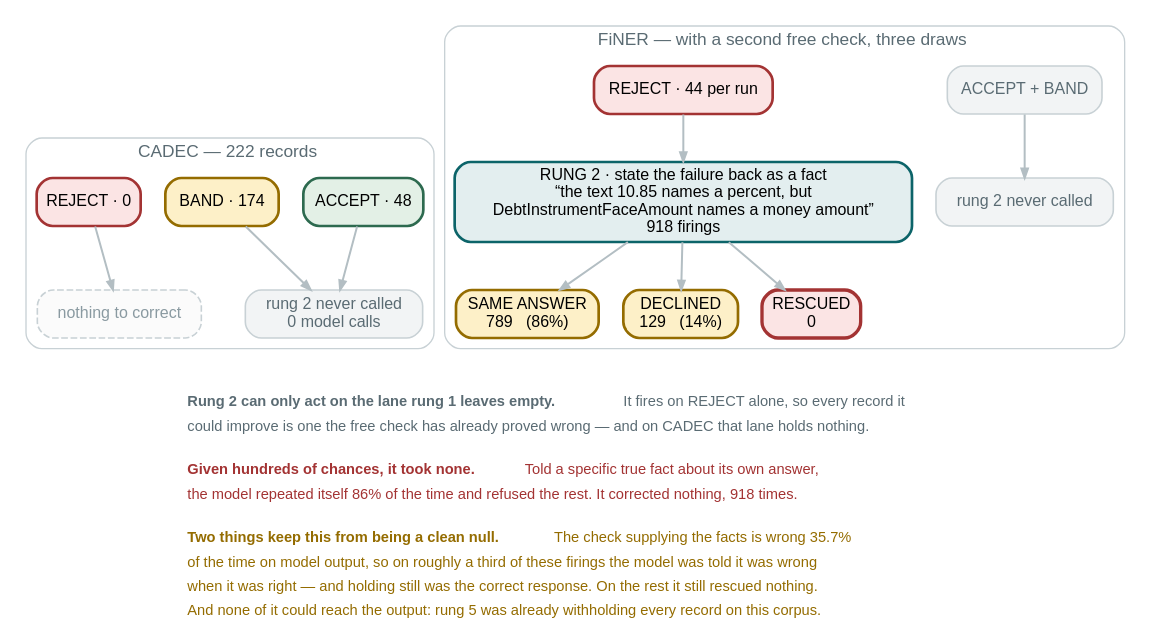
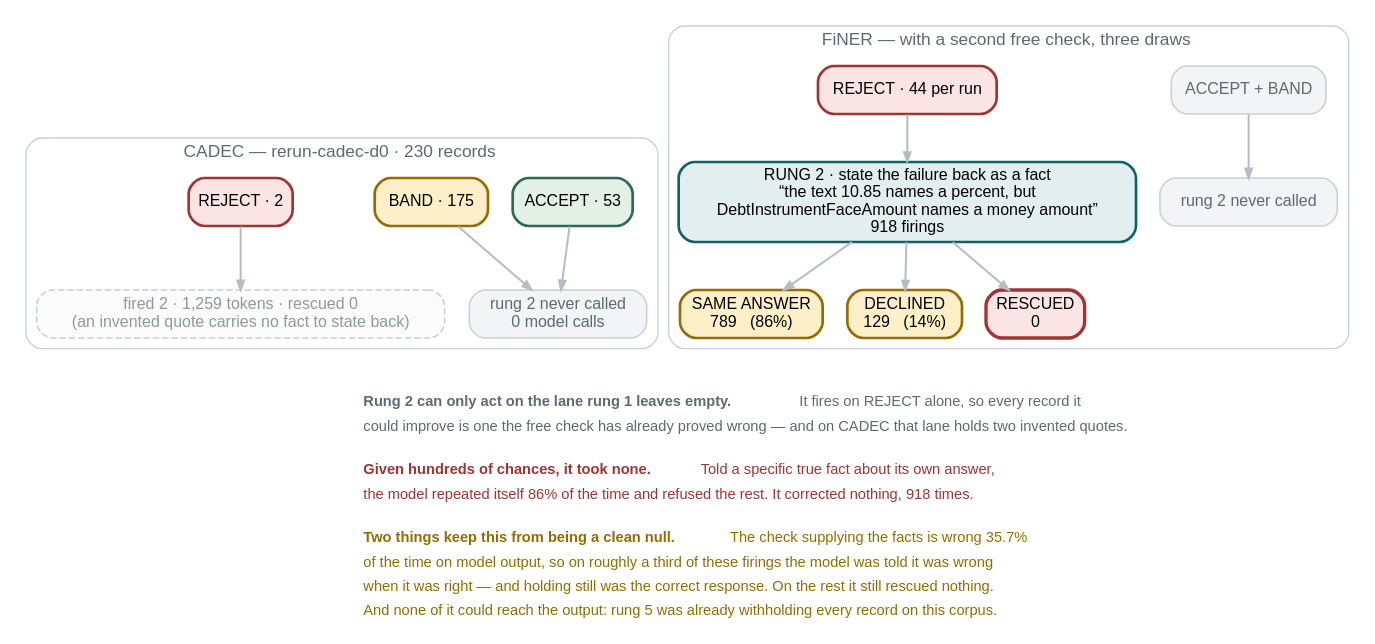
The diagram in docs/figures/fig13-rung2.dot (wbagais/reliability-ladder), drawn with Graphviz before and after one commit. The commit also changed 19 other files, not shown here.

Commit message:
Article: every number and every figure re-derived from the base run; remaining historical figures labelled with their source

```diff
--- a/docs/figures/fig13-rung2.dot
+++ b/docs/figures/fig13-rung2.dot
@@ -1,61 +1,61 @@
 // Rung 2 on both corpora. It reads rung 1's verdict and fires on REJECT alone
 // (r2.py:347 — `if verdict != ZONE_REJECT or reason not in cfg["correctable"]`),
 // so ACCEPT and BAND are never touched: no model call, no possible change.
 //
-// CADEC: draw 0 of arm-sapbase, rung 1 lanes as fig10. REJECT is empty, so the
-// rung has nothing to act on.
+// CADEC: rerun-cadec-d0, rung 1 lanes as fig10. REJECT holds two invented
+// quotes; rung 2 fired twice (1,259 tokens) and rescued neither.
 // FiNER: pooled over three draws of the rung 7 arm — the only configuration in
 // which rung 2 has ever had a real trigger set. 918 firings, 0 rescued.
 //
 // COLOUR KEY — the article's zone colours, unchanged:
 //   green ACCEPT · amber BAND · red REJECT · teal a model runs here
 digraph rung2 {
   rankdir=TB; bgcolor="white";
   node [shape=box style="filled,rounded" fontname="Helvetica" fontsize=12
         color="#c8d1d5" penwidth=1.2];
   edge [color="#b3bec3" penwidth=1.5 arrowsize=0.7 fontname="Helvetica" fontsize=10];
 
   subgraph cluster_c {
-    label="  CADEC — 222 records  "; fontname="Helvetica"; fontsize=13;
+    label="  CADEC — rerun-cadec-d0 · 230 records  "; fontname="Helvetica"; fontsize=13;
     color="#c8d1d5"; style=rounded; fontcolor="#5a6b73";
-    ca [label="ACCEPT · 48" fillcolor="#e3f0e6" color="#2d6a4f" penwidth=2];
-    cb [label="BAND · 174" fillcolor="#fdf0c8" color="#946c00" penwidth=2];
-    cr [label="REJECT · 0" fillcolor="#fbe4e4" color="#a33333" penwidth=2];
+    ca [label="ACCEPT · 53" fillcolor="#e3f0e6" color="#2d6a4f" penwidth=2];
+    cb [label="BAND · 175" fillcolor="#fdf0c8" color="#946c00" penwidth=2];
+    cr [label="REJECT · 2" fillcolor="#fbe4e4" color="#a33333" penwidth=2];
     cskip [label="rung 2 never called\n0 model calls" fillcolor="#f2f4f5" fontcolor="#5a6b73"];
-    cfire [label="nothing to correct" fillcolor="#fbfbfb" fontcolor="#8a9aa1" style="filled,rounded,dashed"];
+    cfire [label="fired 2 · 1,259 tokens · rescued 0\n(an invented quote carries no fact to state back)" fillcolor="#fbfbfb" fontcolor="#8a9aa1" style="filled,rounded,dashed"];
     ca -> cskip; cb -> cskip; cr -> cfire;
     { rank=same; ca; cb; cr }
   }
 
   subgraph cluster_f {
     label="  FiNER — with a second free check, three draws  "; fontname="Helvetica";
     fontsize=13; color="#c8d1d5"; style=rounded; fontcolor="#5a6b73";
     fa [label="ACCEPT + BAND" fillcolor="#f2f4f5" fontcolor="#5a6b73"];
     fr [label="REJECT · 44 per run" fillcolor="#fbe4e4" color="#a33333" penwidth=2];
     fskip [label="rung 2 never called" fillcolor="#f2f4f5" fontcolor="#5a6b73"];
     f2 [label="RUNG 2 · state the failure back as a fact\n“the text 10.85 names a percent, but\nDebtInstrumentFaceAmount names a money amount”\n918 firings"
         fillcolor="#e3eeef" color="#0c6469" penwidth=2];
     unch [label="SAME ANSWER\n789   (86%)" fillcolor="#fdf0c8" color="#946c00" penwidth=2];
     decl [label="DECLINED\n129   (14%)" fillcolor="#fdf0c8" color="#946c00" penwidth=2];
     resc [label="RESCUED\n0" fillcolor="#fbe4e4" color="#a33333" penwidth=2.5];
     fa -> fskip; fr -> f2;
     f2 -> unch; f2 -> decl; f2 -> resc;
     { rank=same; fa; fr }
     { rank=same; unch; decl; resc }
   }
 
   note [shape=plaintext style="" fillcolor="white"
         label=<<TABLE BORDER="0" CELLBORDER="0" CELLSPACING="0" CELLPADDING="3">
         <TR><TD ALIGN="LEFT"><FONT POINT-SIZE="11" COLOR="#5a6b73"><B>Rung 2 can only act on the lane rung 1 leaves empty.</B> It fires on REJECT alone, so every record it</FONT></TD></TR>
-        <TR><TD ALIGN="LEFT"><FONT POINT-SIZE="11" COLOR="#5a6b73">could improve is one the free check has already proved wrong — and on CADEC that lane holds nothing.</FONT></TD></TR>
+        <TR><TD ALIGN="LEFT"><FONT POINT-SIZE="11" COLOR="#5a6b73">could improve is one the free check has already proved wrong — and on CADEC that lane holds two invented quotes.</FONT></TD></TR>
         <TR><TD ALIGN="LEFT"><FONT POINT-SIZE="8"> </FONT></TD></TR>
         <TR><TD ALIGN="LEFT"><FONT POINT-SIZE="11" COLOR="#a33333"><B>Given hundreds of chances, it took none.</B> Told a specific true fact about its own answer,</FONT></TD></TR>
         <TR><TD ALIGN="LEFT"><FONT POINT-SIZE="11" COLOR="#a33333">the model repeated itself 86% of the time and refused the rest. It corrected nothing, 918 times.</FONT></TD></TR>
         <TR><TD ALIGN="LEFT"><FONT POINT-SIZE="8"> </FONT></TD></TR>
         <TR><TD ALIGN="LEFT"><FONT POINT-SIZE="11" COLOR="#946c00"><B>Two things keep this from being a clean null.</B> The check supplying the facts is wrong 35.7%</FONT></TD></TR>
         <TR><TD ALIGN="LEFT"><FONT POINT-SIZE="11" COLOR="#946c00">of the time on model output, so on roughly a third of these firings the model was told it was wrong</FONT></TD></TR>
         <TR><TD ALIGN="LEFT"><FONT POINT-SIZE="11" COLOR="#946c00">when it was right — and holding still was the correct response. On the rest it still rescued nothing.</FONT></TD></TR>
         <TR><TD ALIGN="LEFT"><FONT POINT-SIZE="11" COLOR="#946c00">And none of it could reach the output: rung 5 was already withholding every record on this corpus.</FONT></TD></TR>
         </TABLE>>];
   cskip -> note [style=invis]; resc -> note [style=invis];
 }
```
